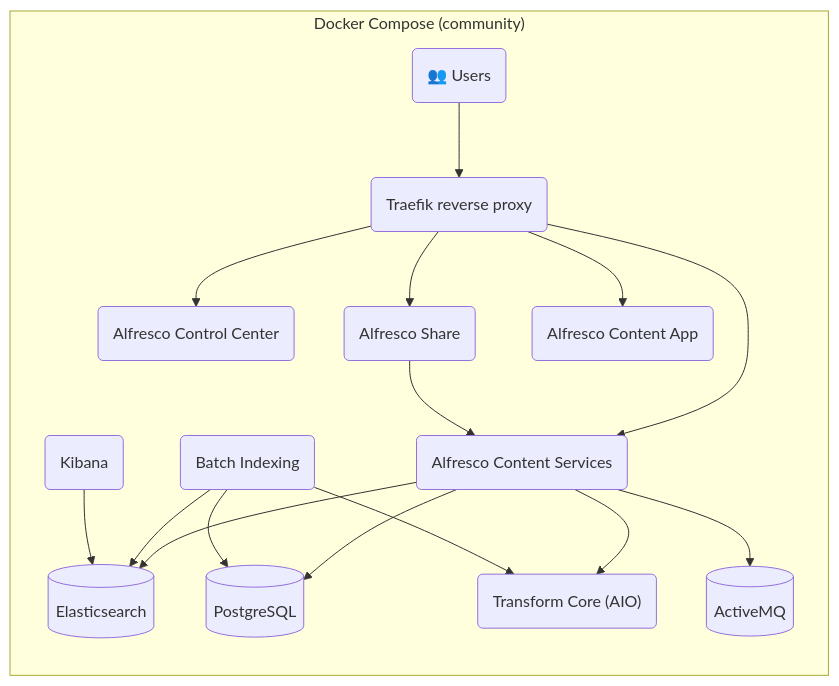
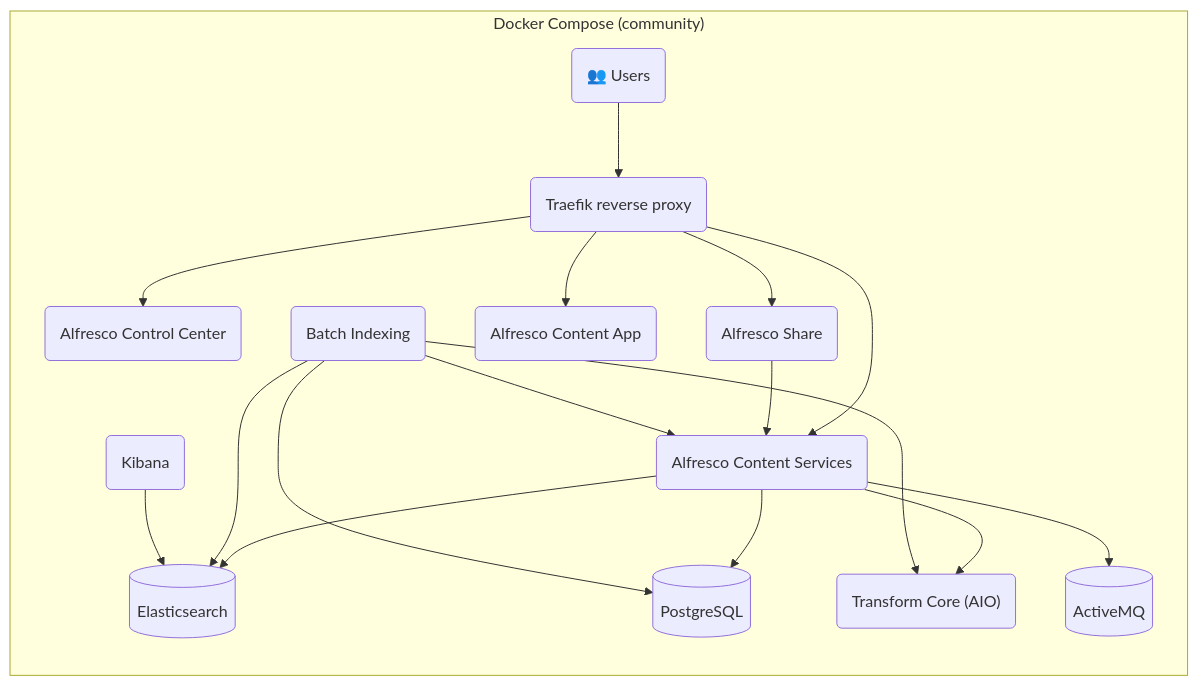
The second of 2 diagrams in docs/docker-compose/README.md (Alfresco/acs-deployment), drawn with Mermaid before and after one commit.

Commit message:
Update community compose diagram to show batch-indexing connection to ACS
The batch-indexing service needs to retrieve content from the ACS repository in addition to accessing Elasticsearch, PostgreSQL, and Transform Core for content transformation.

````diff
--- a/docs/docker-compose/README.md
+++ b/docs/docker-compose/README.md
@@ -90,39 +90,40 @@
 ```mermaid
 graph TB
 
 subgraph "Docker Compose (community)"
   direction TB
   Client("👥 Users")
   proxy("Traefik reverse proxy")
   acs("Alfresco Content Services")
   bi("Batch Indexing")
   kib("Kibana")
   pg[("PostgreSQL")]
   amq[("ActiveMQ")]
   es[("Elasticsearch")]
   tcore("Transform Core (AIO)")
 
   acc("Alfresco Control Center")
   share("Alfresco Share")
   aca("Alfresco Content App")
 end
 
 Client --> proxy
 
 proxy --> acc
 proxy --> share
 proxy --> aca
 proxy --> acs
 
 acs --> es
 acs --> pg
 acs --> tcore
 acs --> amq
 share --> acs
 
+bi --> acs
 bi --> es
 bi --> pg
 bi --> tcore
 kib --> es
 
 ```
````
